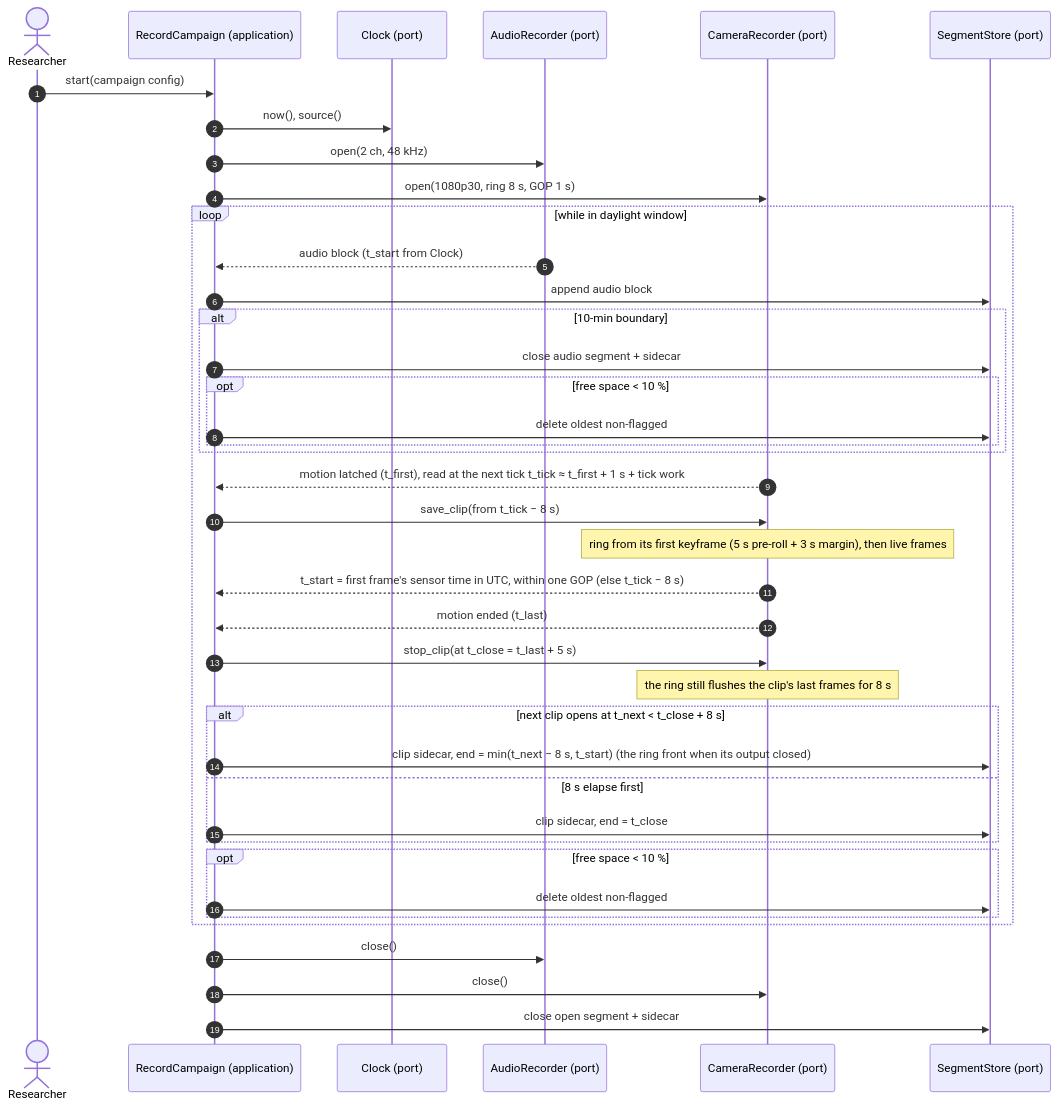
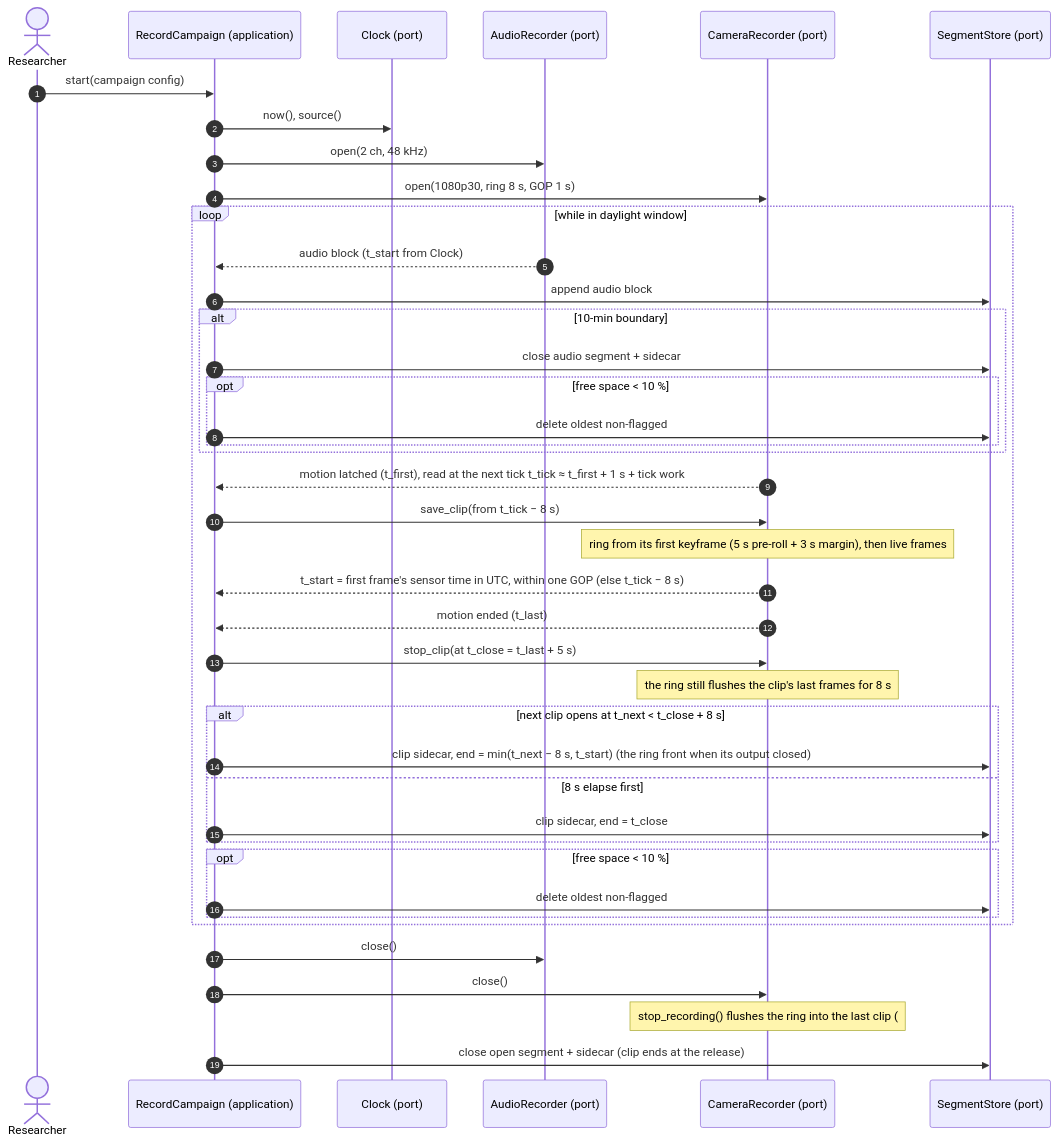
Before and after one commit to benoit-bremaud/aristech: the diagram in docs/architecture/diagrams/capture-rig/02-sequence-recording.md, drawn with Mermaid. The commit also changed other lines of this file and 6 other files, not shown here.

Commit message:
fix(capture): flush the ring into the open clip on shutdown

````diff
--- a/docs/architecture/diagrams/capture-rig/02-sequence-recording.md
+++ b/docs/architecture/diagrams/capture-rig/02-sequence-recording.md
@@ -15,43 +15,44 @@
 ```mermaid
 sequenceDiagram
     autonumber
     actor R as Researcher
     participant UC as RecordCampaign (application)
     participant CK as Clock (port)
     participant AU as AudioRecorder (port)
     participant CA as CameraRecorder (port)
     participant ST as SegmentStore (port)
 
     R->>UC: start(campaign config)
     UC->>CK: now(), source()
     UC->>AU: open(2 ch, 48 kHz)
     UC->>CA: open(1080p30, ring 8 s, GOP 1 s)
     loop while in daylight window
         AU-->>UC: audio block (t_start from Clock)
         UC->>ST: append audio block
         alt 10-min boundary
             UC->>ST: close audio segment + sidecar
             opt free space < 10 %
                 UC->>ST: delete oldest non-flagged
             end
         end
         CA-->>UC: motion latched (t_first), read at the next tick t_tick ≈ t_first + 1 s + tick work
         UC->>CA: save_clip(from t_tick − 8 s)
         Note over CA: ring from its first keyframe (5 s pre-roll + 3 s margin), then live frames
         CA-->>UC: t_start = first frame's sensor time in UTC, within one GOP (else t_tick − 8 s)
         CA-->>UC: motion ended (t_last)
         UC->>CA: stop_clip(at t_close = t_last + 5 s)
         Note over CA: the ring still flushes the clip's last frames for 8 s
         alt next clip opens at t_next < t_close + 8 s
             UC->>ST: clip sidecar, end = min(t_next − 8 s, t_start) (the ring front when its output closed)
         else 8 s elapse first
             UC->>ST: clip sidecar, end = t_close
         end
         opt free space < 10 %
             UC->>ST: delete oldest non-flagged
         end
     end
     UC->>AU: close()
     UC->>CA: close()
-    UC->>ST: close open segment + sidecar
+    Note over CA: stop_recording() flushes the ring into the last clip (#180)
+    UC->>ST: close open segment + sidecar (clip ends at the release)
 ```
````
